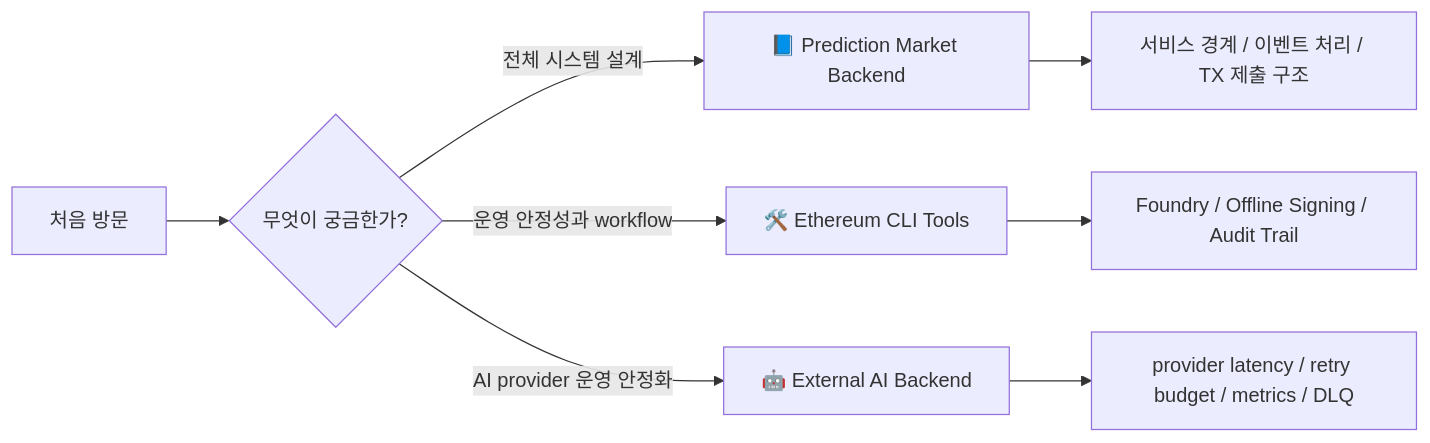
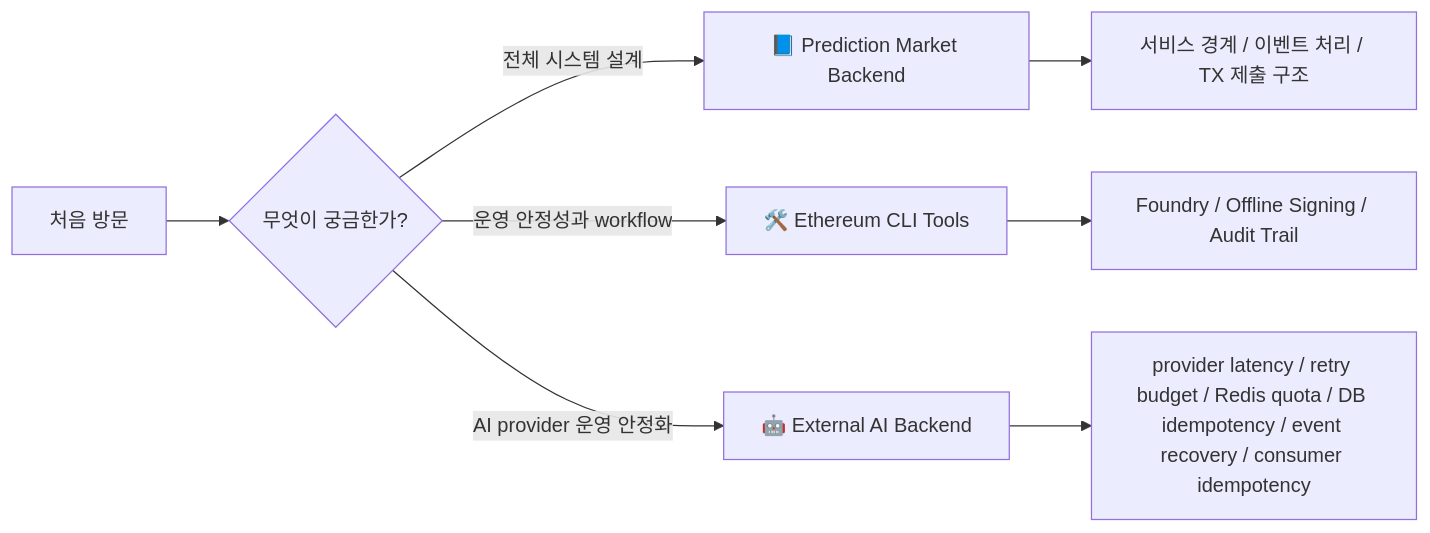
Before and after one commit to bang9ming9/bang9ming9: the sixth of 6 diagrams in README.md, drawn with Mermaid. The commit also changed other lines of this file and 1 other file, not shown here.

````diff
--- a/README.md
+++ b/README.md
@@ -245,10 +259,10 @@
 ```mermaid
 flowchart LR
     A[처음 방문] --> B{무엇이 궁금한가?}
     B -->|전체 시스템 설계| C[📘 Prediction Market Backend]
     B -->|운영 안정성과 workflow| D[🛠️ Ethereum CLI Tools]
     B -->|AI provider 운영 안정화| G[🤖 External AI Backend]
     C --> E[서비스 경계 / 이벤트 처리 / TX 제출 구조]
     D --> F[Foundry / Offline Signing / Audit Trail]
-    G --> H[provider latency / retry budget / metrics / DLQ]
+    G --> H[provider latency / retry budget / Redis quota / DB idempotency / event recovery / consumer idempotency]
 ```
````
